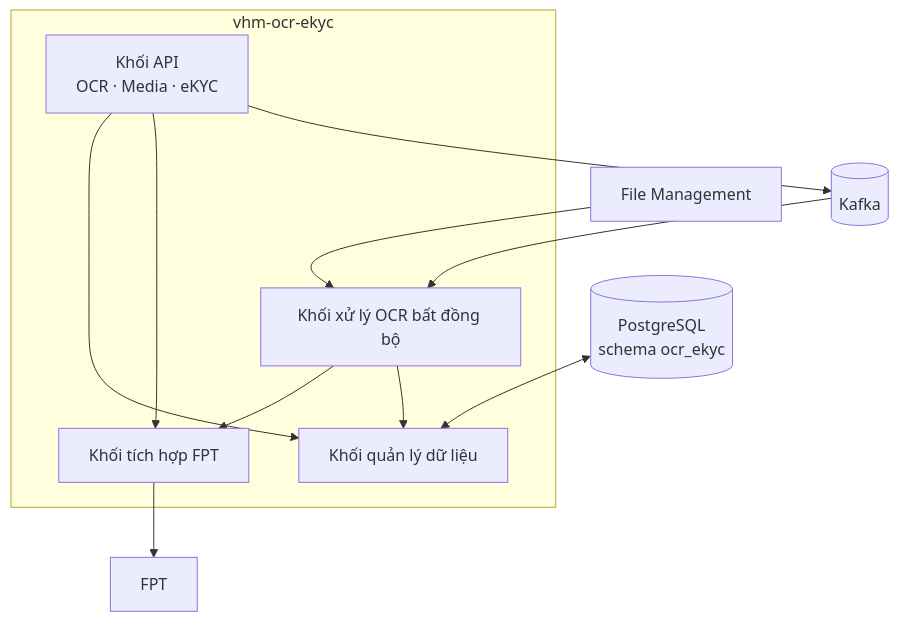
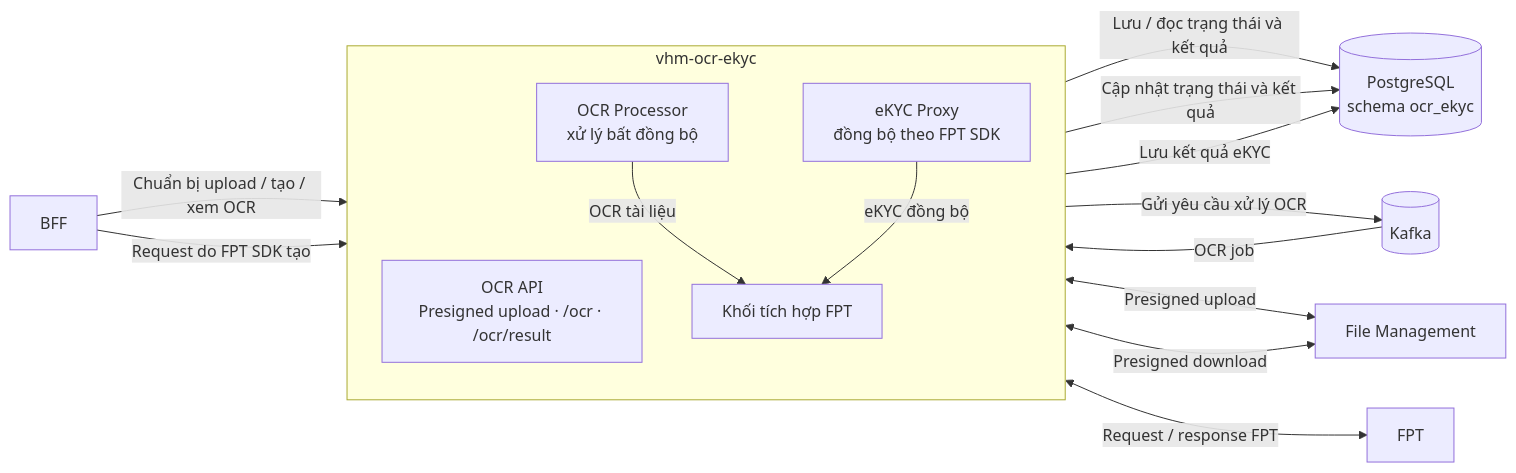
One commit to huynv-xyz/vhm changed the second of 12 diagrams in tdd-ocr-ekyc.md. Above: the diagram before and after it, drawn with Mermaid. The commit also changed other lines of this file, not shown here.

````diff
--- a/tdd-ocr-ekyc.md
+++ b/tdd-ocr-ekyc.md
@@ -272,20 +272,31 @@
 ```mermaid
-flowchart TB
+flowchart LR
+    BFF[BFF]
+
     subgraph APP[vhm-ocr-ekyc]
-        API[Khối API<br/>OCR · Media · eKYC]
-        PROCESSOR[Khối xử lý OCR bất đồng bộ]
-        INTEGRATION[Khối tích hợp FPT]
-        DATA[Khối quản lý dữ liệu]
-
-        API --> DATA
-        API --> INTEGRATION
-        PROCESSOR --> INTEGRATION
-        PROCESSOR --> DATA
+        direction TB
+        OCR_API[OCR API<br/>Presigned upload · /ocr · /ocr/result]
+        EKYC_PROXY[eKYC Proxy<br/>đồng bộ theo FPT SDK]
+        PROCESSOR[OCR Processor<br/>xử lý bất đồng bộ]
+        FPT_INTEGRATION[Khối tích hợp FPT]
     end
 
-    DB[(PostgreSQL<br/>schema ocr_ekyc)] <--> DATA
-    KAFKA[(Kafka)] --> PROCESSOR
-    API --> KAFKA
-    FILE[File Management] --> PROCESSOR
-    INTEGRATION --> FPT[FPT]
+    DB[(PostgreSQL<br/>schema ocr_ekyc)]
+    KAFKA[(Kafka)]
+    FILE[File Management]
+    FPT[FPT]
+
+    BFF -->|Chuẩn bị upload / tạo / xem OCR| OCR_API
+    OCR_API -->|Lưu / đọc trạng thái và kết quả| DB
+    OCR_API -->|Gửi yêu cầu xử lý OCR| KAFKA
+    KAFKA -->|OCR job| PROCESSOR
+    OCR_API <-->|Presigned upload| FILE
+    PROCESSOR <-->|Presigned download| FILE
+    PROCESSOR -->|Cập nhật trạng thái và kết quả| DB
+    PROCESSOR -->|OCR tài liệu| FPT_INTEGRATION
+
+    BFF -->|Request do FPT SDK tạo| EKYC_PROXY
+    EKYC_PROXY -->|eKYC đồng bộ| FPT_INTEGRATION
+    FPT_INTEGRATION <-->|Request / response FPT| FPT
+    EKYC_PROXY -->|Lưu kết quả eKYC| DB
 ```
````
